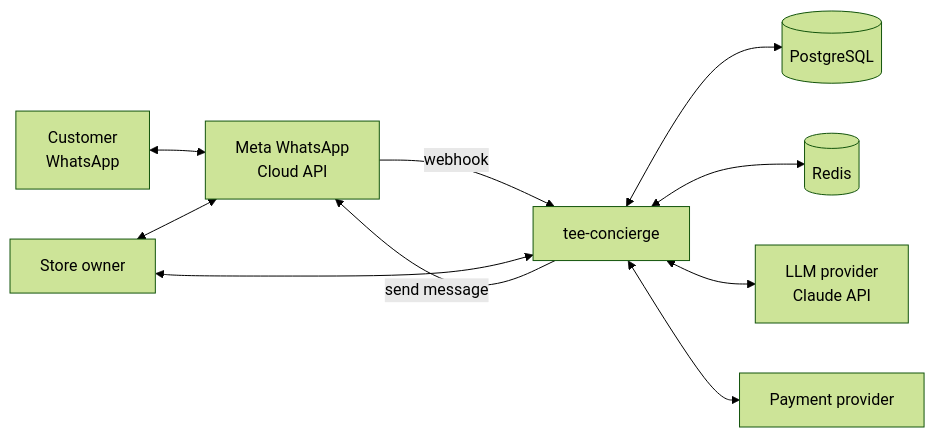
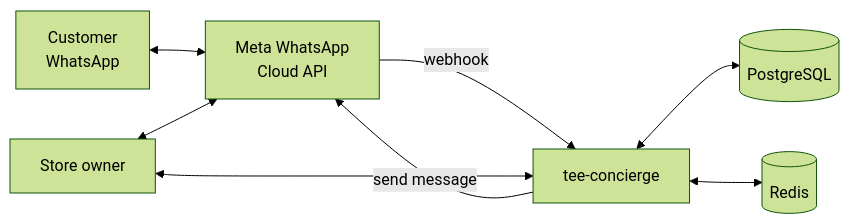
The first of 3 diagrams in docs/02-architecture.md (rodycastillo/tee-concierge), drawn with Mermaid (forest theme) before and after one commit. The commit also changed other lines of this file and 11 other files, not shown here.

````diff
--- a/docs/02-architecture.md
+++ b/docs/02-architecture.md
@@ -9,12 +9,10 @@
 ```mermaid
 flowchart LR
     C[Customer<br/>WhatsApp] <--> M[Meta WhatsApp<br/>Cloud API]
     M -- webhook --> A[tee-concierge]
     A -- send message --> M
     A <--> DB[(PostgreSQL)]
     A <--> R[(Redis)]
-    A <--> L[LLM provider<br/>Claude API]
-    A <--> P[Payment provider]
     O[Store owner] <--> A
     O <--> M
 ```
````
